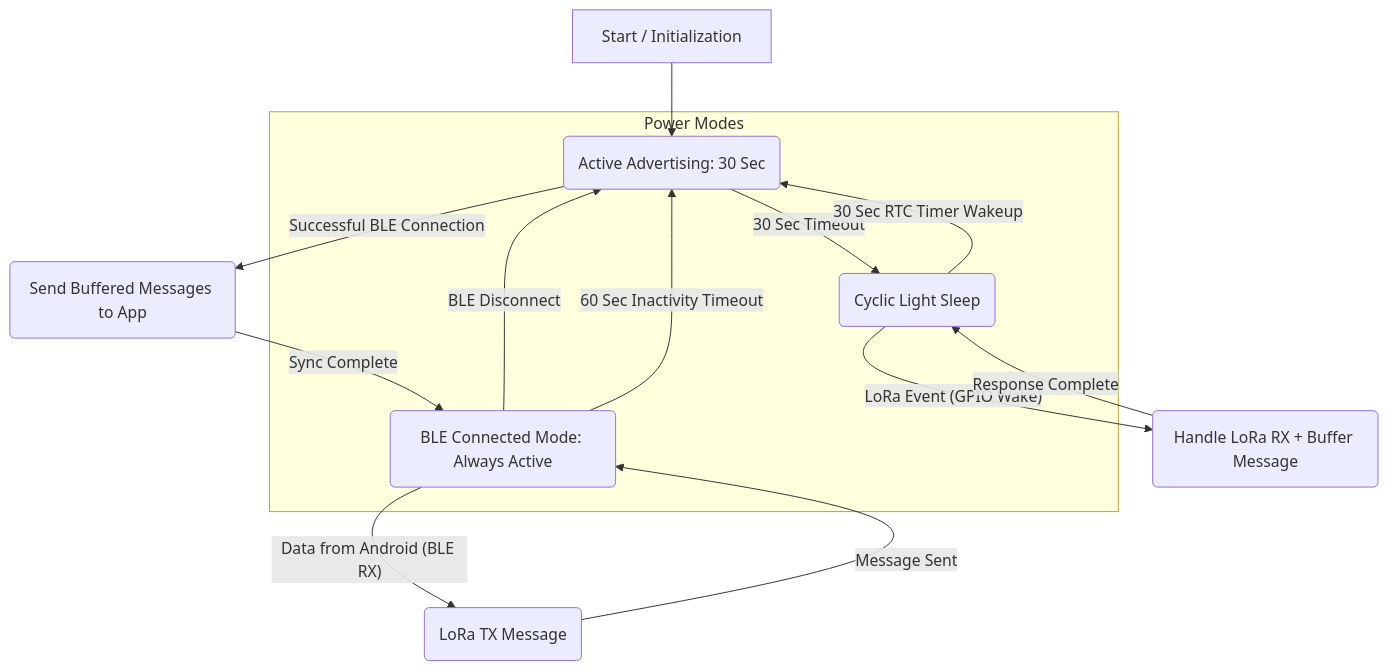
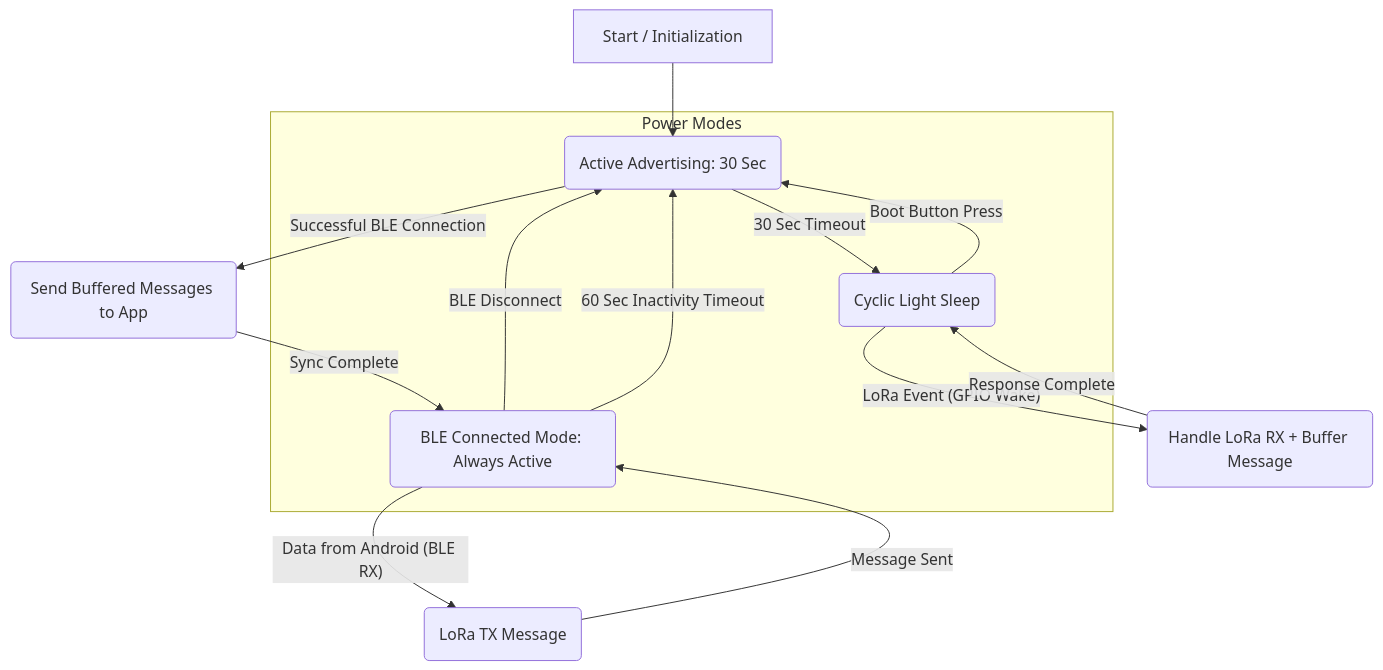
One commit to psytraxx/android-lora-ble-bridge changed the diagram in esp32/power.md. Above: the diagram before and after it, drawn with Mermaid. The commit also changed other lines of this file and 4 other files, not shown here.

````diff
--- a/esp32/power.md
+++ b/esp32/power.md
@@ -59,31 +66,31 @@
 ```mermaid
 graph TD
     A[Start / Initialization] --> F(Active Advertising: 30 Sec)
 
     subgraph Power Modes
         B(Cyclic Light Sleep)
         D(BLE Connected Mode: Always Active)
         F
     end
 
     %% Disconnected Loop: F <--> B
     F -- 30 Sec Timeout --> B
     F -- Successful BLE Connection --> I(Send Buffered Messages to App)
 
-    B -- 30 Sec RTC Timer Wakeup --> F
+    B -- Boot Button Press --> F
     B -- LoRa Event (GPIO Wake) --> G(Handle LoRa RX + Buffer Message)
 
     G -- Response Complete --> B
 
     %% Sync State
     I -- Sync Complete --> D
 
     %% Connected Mode D
     D -- Data from Android (BLE RX) --> H(LoRa TX Message)
 
     D -- BLE Disconnect --> F
     D -- 60 Sec Inactivity Timeout --> F
 
     H -- Message Sent --> D
 
 ```
````
